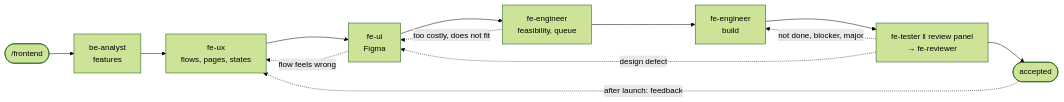
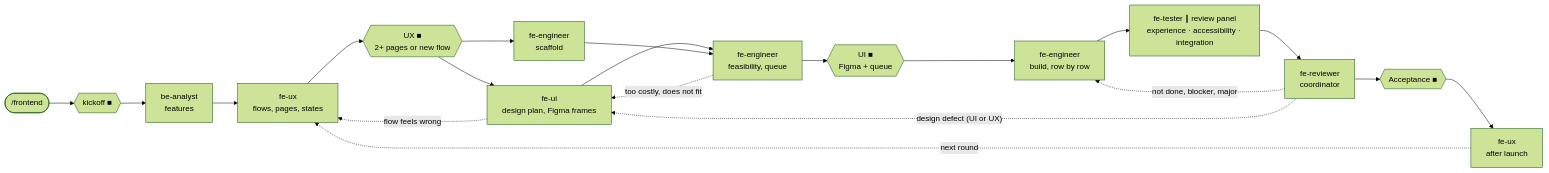
Before and after one commit to borun-li/claude-harness: the diagram in frontend/README.md, drawn with Mermaid (forest theme). The commit also changed other lines of this file and 5 other files, not shown here.

First line of the commit message:
READMEs follow the current flows; drop stale references

````diff
--- a/frontend/README.md
+++ b/frontend/README.md
@@ -23,10 +23,12 @@
 ```mermaid
 flowchart LR
-    S(["/frontend"]) --> P[be-analyst<br/>features] --> UX[fe-ux<br/>flows, pages, states] --> UI[fe-ui<br/>Figma]
-    UI --> Q[fe-engineer<br/>feasibility, queue] --> B[fe-engineer<br/>build] --> V[fe-tester ‖ review panel<br/>→ fe-reviewer] --> E([accepted])
+    S(["/frontend"]) --> K{{kickoff ■}} --> P[be-analyst<br/>features] --> UX[fe-ux<br/>flows, pages, states] --> US{{UX ■<br/>2+ pages or new flow}}
+    US --> UI[fe-ui<br/>design plan, Figma frames] & SC[fe-engineer<br/>scaffold]
+    UI & SC --> Q[fe-engineer<br/>feasibility, queue] --> IS{{UI ■<br/>Figma + queue}}
+    IS --> B[fe-engineer<br/>build, row by row] --> V[fe-tester ∥ review panel<br/>experience · accessibility · integration] --> CO[fe-reviewer<br/>coordinator] --> AC{{Acceptance ■}}
+    AC --> L[fe-ux<br/>after launch] -. "next round" .-> UX
     UI -. "flow feels wrong" .-> UX
     Q -. "too costly, does not fit" .-> UI
-    V -. "not done, blocker, major" .-> B
-    V -. "design defect" .-> UI
-    E -. "after launch: feedback" .-> UX
+    CO -. "not done, blocker, major" .-> B
+    CO -. "design defect (UI or UX)" .-> UI
 ```
````
